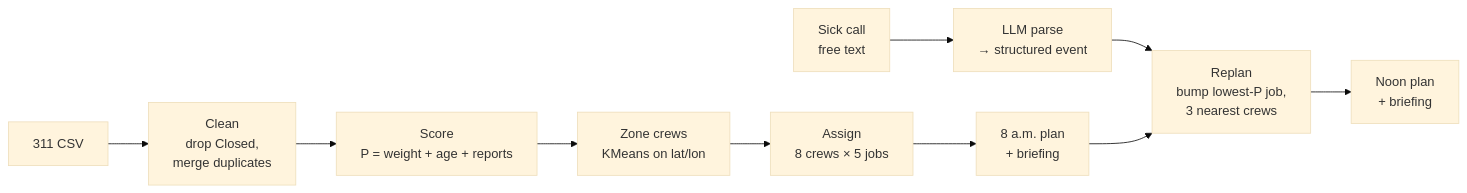
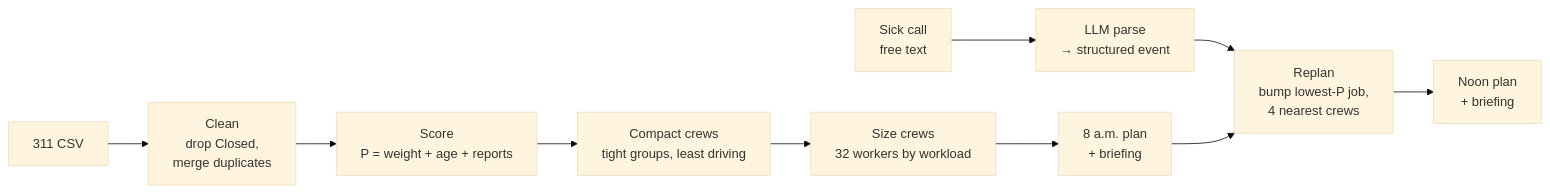
The diagram in docs/pitch.md (ColbyCadden/IEEE-Industry-Hackathon---Dispatch-agent), drawn with Mermaid (base theme) before and after one commit. The commit also changed other lines of this file and 1 other file, not shown here.

````diff
--- a/docs/pitch.md
+++ b/docs/pitch.md
@@ -57,12 +57,12 @@
 ```mermaid
 flowchart LR
   A[311 CSV] --> B[Clean<br/>drop Closed,<br/>merge duplicates]
   B --> C[Score<br/>P = weight + age + reports]
-  C --> D[Zone crews<br/>KMeans on lat/lon]
-  D --> E[Assign<br/>8 crews × 5 jobs]
+  C --> D[Compact crews<br/>tight groups, least driving]
+  D --> E[Size crews<br/>32 workers by workload]
   E --> F[8 a.m. plan<br/>+ briefing]
   G[Sick call<br/>free text] --> H[LLM parse<br/>→ structured event]
-  H --> I[Replan<br/>bump lowest-P job,<br/>3 nearest crews]
+  H --> I[Replan<br/>bump lowest-P job,<br/>4 nearest crews]
   F --> I
   I --> J[Noon plan<br/>+ briefing]
 ```
````
